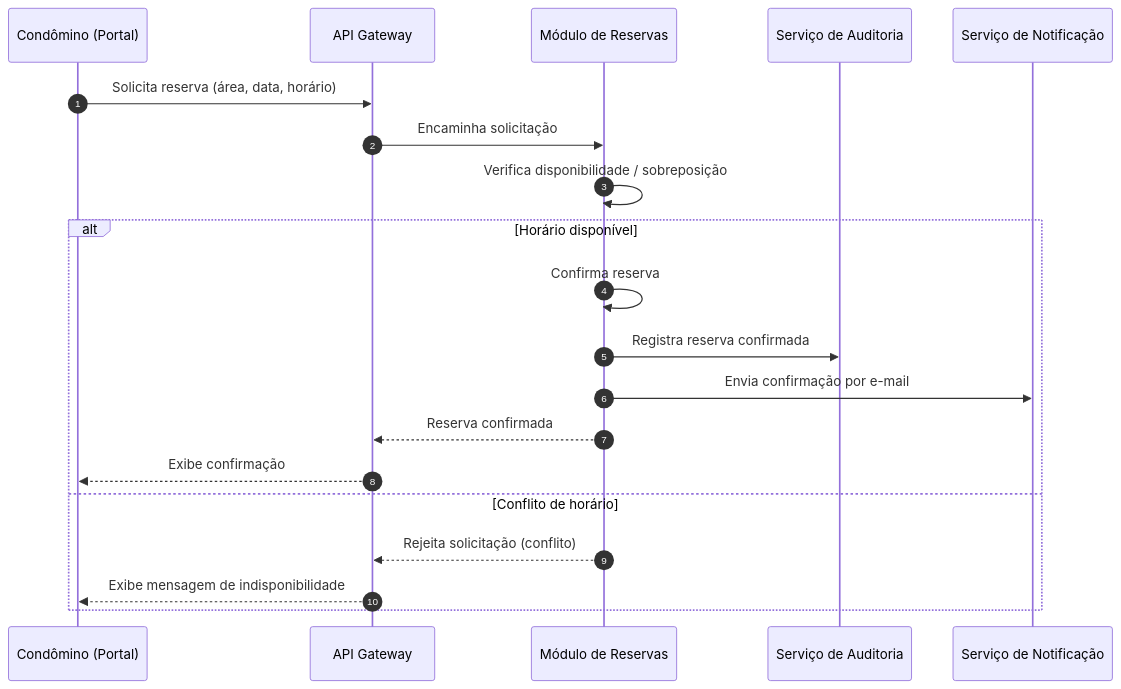
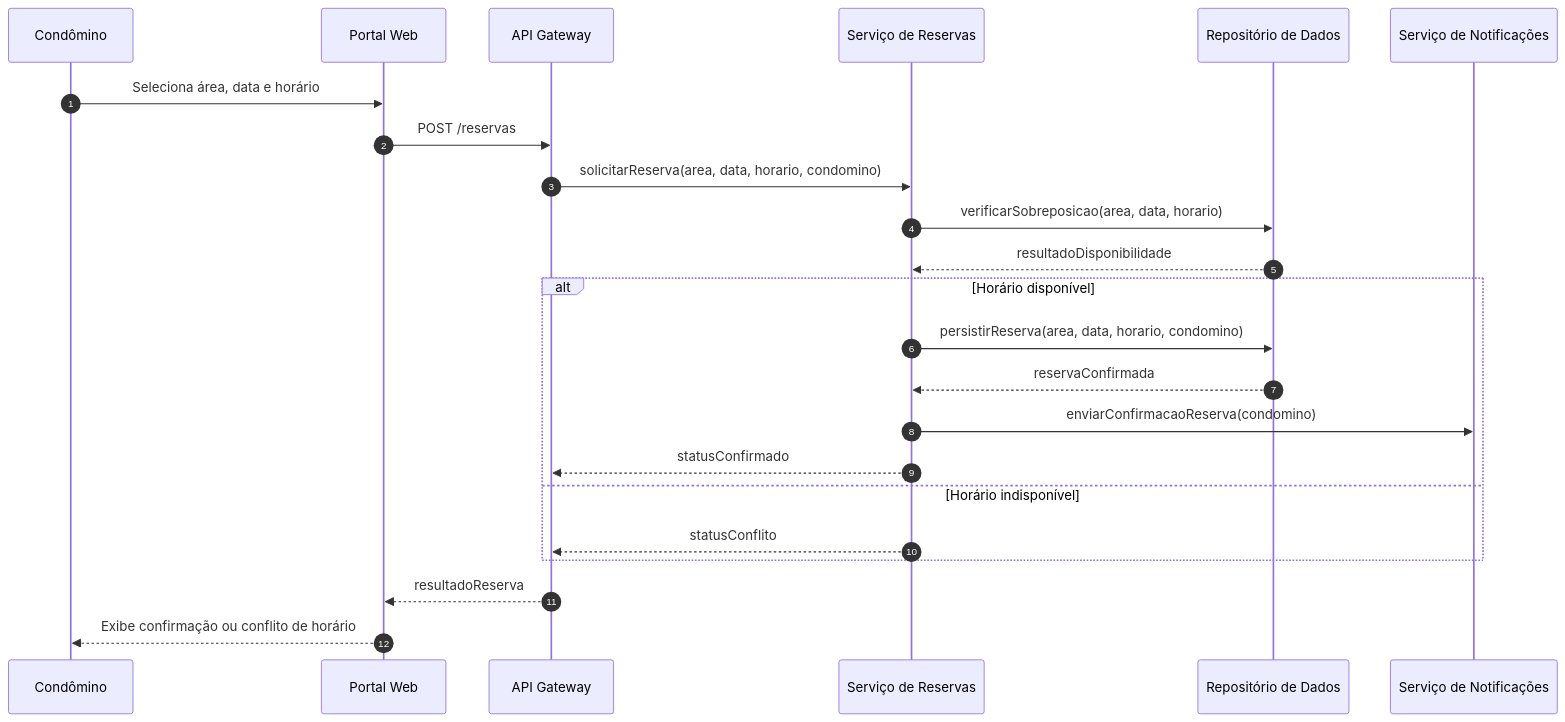
The third of 3 diagrams in docs/Time_2_Design/analise-qualitativa/outputs/relatorio_claude_sonnet_5_M04.md (PDC-ESIA/AI4ES), drawn with Mermaid before and after one commit. The commit also changed other lines of this file and 93 other files, not shown here.

````diff
--- a/docs/Time_2_Design/analise-qualitativa/outputs/relatorio_claude_sonnet_5_M04.md
+++ b/docs/Time_2_Design/analise-qualitativa/outputs/relatorio_claude_sonnet_5_M04.md
@@ -137,23 +143,28 @@
 ```mermaid
 sequenceDiagram
     autonumber
-    participant COND as Condômino (Portal)
-    participant API as API Gateway
-    participant RES as Módulo de Reservas
-    participant LOG as Serviço de Auditoria
-    participant NOT as Serviço de Notificação
+    participant Condomino as Condômino
+    participant Portal as Portal Web
+    participant Gateway as API Gateway
+    participant Reserva as Serviço de Reservas
+    participant Repositorio as Repositório de Dados
+    participant Notificacao as Serviço de Notificações
 
-    COND->>API: Solicita reserva (área, data, horário)
-    API->>RES: Encaminha solicitação
-    RES->>RES: Verifica disponibilidade / sobreposição
+    Condomino->>Portal: Seleciona área, data e horário
+    Portal->>Gateway: POST /reservas
+    Gateway->>Reserva: solicitarReserva(area, data, horario, condomino)
+    Reserva->>Repositorio: verificarSobreposicao(area, data, horario)
+    Repositorio-->>Reserva: resultadoDisponibilidade
+
     alt Horário disponível
-        RES->>RES: Confirma reserva
-        RES->>LOG: Registra reserva confirmada
-        RES->>NOT: Envia confirmação por e-mail
-        RES-->>API: Reserva confirmada
-        API-->>COND: Exibe confirmação
-    else Conflito de horário
-        RES-->>API: Rejeita solicitação (conflito)
-        API-->>COND: Exibe mensagem de indisponibilidade
+        Reserva->>Repositorio: persistirReserva(area, data, horario, condomino)
+        Repositorio-->>Reserva: reservaConfirmada
+        Reserva->>Notificacao: enviarConfirmacaoReserva(condomino)
+        Reserva-->>Gateway: statusConfirmado
+    else Horário indisponível
+        Reserva-->>Gateway: statusConflito
     end
+
+    Gateway-->>Portal: resultadoReserva
+    Portal-->>Condomino: Exibe confirmação ou conflito de horário
 ```
````
